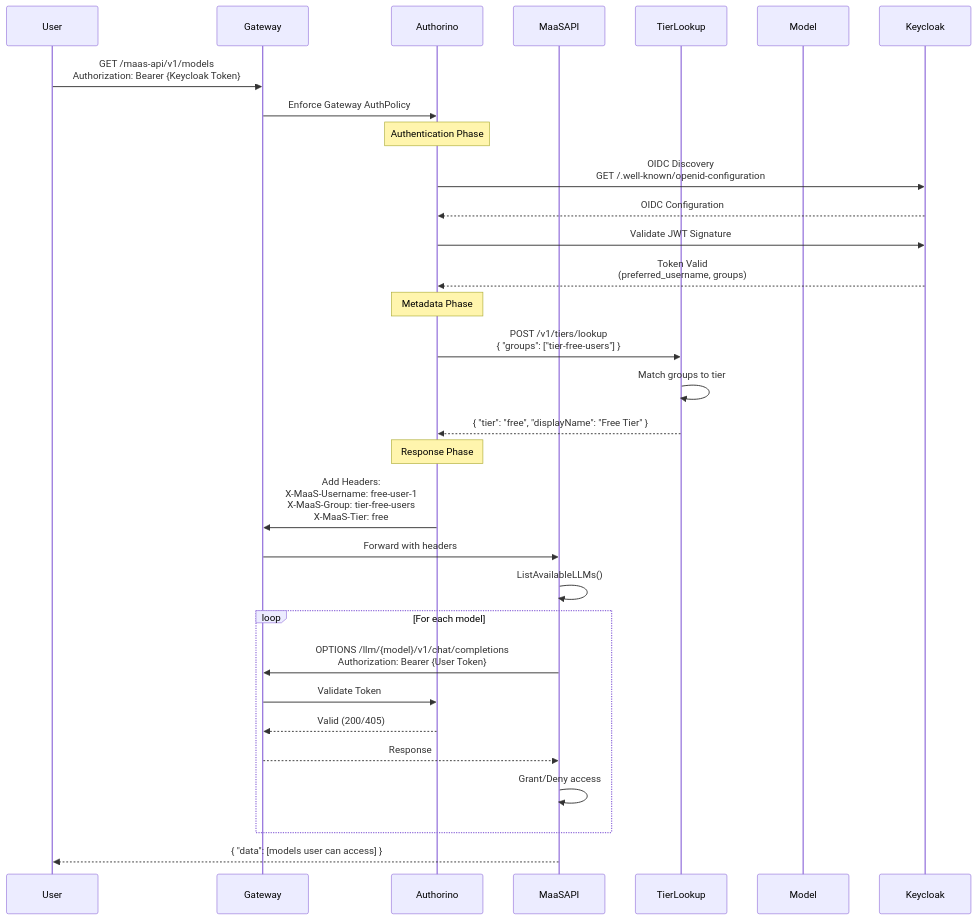
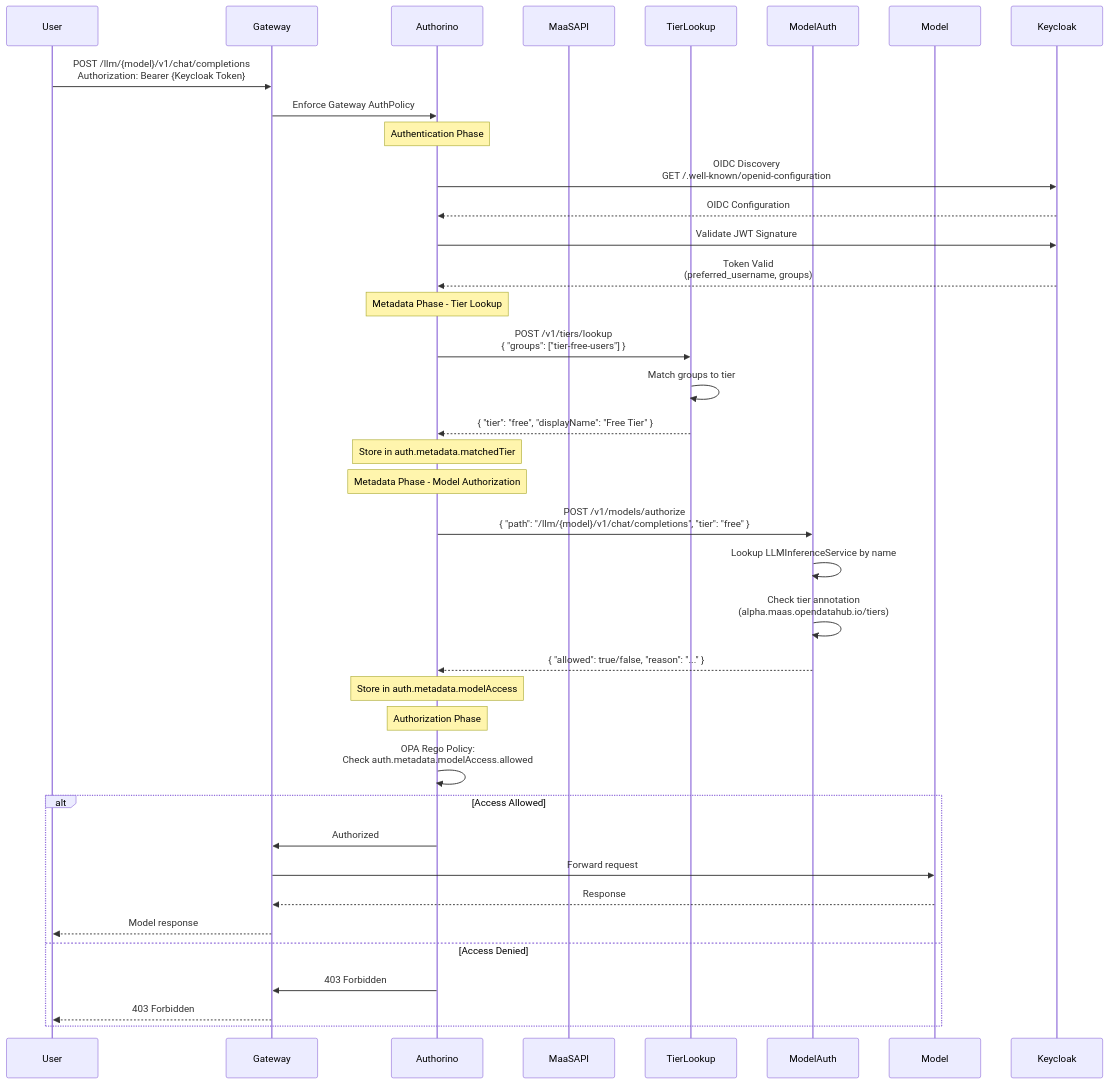
One commit to jland-redhat/models-as-a-service changed the third of 3 diagrams in docs/keycloak-poc/Architecture-Deep-Dive.md. Above: the diagram before and after it, drawn with Mermaid. The commit also changed other lines of this file and 10 other files, not shown here.

Commit message:
Fixed the autorize endpoint for maas-api

````diff
--- a/docs/keycloak-poc/Architecture-Deep-Dive.md
+++ b/docs/keycloak-poc/Architecture-Deep-Dive.md
@@ -113,39 +113,44 @@
 ```mermaid
 sequenceDiagram
     participant User
     participant Gateway
     participant Authorino
     participant MaaSAPI
     participant TierLookup
+    participant ModelAuth
     participant Model
 
-    User->>Gateway: GET /maas-api/v1/models<br/>Authorization: Bearer {Keycloak Token}
+    User->>Gateway: POST /llm/{model}/v1/chat/completions<br/>Authorization: Bearer {Keycloak Token}
     Gateway->>Authorino: Enforce Gateway AuthPolicy
     
     Note over Authorino: Authentication Phase
     Authorino->>Keycloak: OIDC Discovery<br/>GET /.well-known/openid-configuration
     Keycloak-->>Authorino: OIDC Configuration
     Authorino->>Keycloak: Validate JWT Signature
     Keycloak-->>Authorino: Token Valid<br/>(preferred_username, groups)
     
-    Note over Authorino: Metadata Phase
+    Note over Authorino: Metadata Phase - Tier Lookup
     Authorino->>TierLookup: POST /v1/tiers/lookup<br/>{ "groups": ["tier-free-users"] }
     TierLookup->>TierLookup: Match groups to tier
     TierLookup-->>Authorino: { "tier": "free", "displayName": "Free Tier" }
+    Note over Authorino: Store in auth.metadata.matchedTier
     
-    Note over Authorino: Response Phase
-    Authorino->>Gateway: Add Headers:<br/>X-MaaS-Username: free-user-1<br/>X-MaaS-Group: tier-free-users<br/>X-MaaS-Tier: free
+    Note over Authorino: Metadata Phase - Model Authorization
+    Authorino->>ModelAuth: POST /v1/models/authorize<br/>{ "path": "/llm/{model}/v1/chat/completions", "tier": "free" }
+    ModelAuth->>ModelAuth: Lookup LLMInferenceService by name
+    ModelAuth->>ModelAuth: Check tier annotation<br/>(alpha.maas.opendatahub.io/tiers)
+    ModelAuth-->>Authorino: { "allowed": true/false, "reason": "..." }
+    Note over Authorino: Store in auth.metadata.modelAccess
     
-    Gateway->>MaaSAPI: Forward with headers
-    MaaSAPI->>MaaSAPI: ListAvailableLLMs()
-    
-    loop For each model
-        MaaSAPI->>Gateway: OPTIONS /llm/{model}/v1/chat/completions<br/>Authorization: Bearer {User Token}
-        Gateway->>Authorino: Validate Token
-        Authorino-->>Gateway: Valid (200/405)
-        Gateway-->>MaaSAPI: Response
-        MaaSAPI->>MaaSAPI: Grant/Deny access
+    Note over Authorino: Authorization Phase
+    Authorino->>Authorino: OPA Rego Policy:<br/>Check auth.metadata.modelAccess.allowed
+    alt Access Allowed
+        Authorino->>Gateway: Authorized
+        Gateway->>Model: Forward request
+        Model-->>Gateway: Response
+        Gateway-->>User: Model response
+    else Access Denied
+        Authorino->>Gateway: 403 Forbidden
+        Gateway-->>User: 403 Forbidden
     end
-    
-    MaaSAPI-->>User: { "data": [models user can access] }
 ```
````
